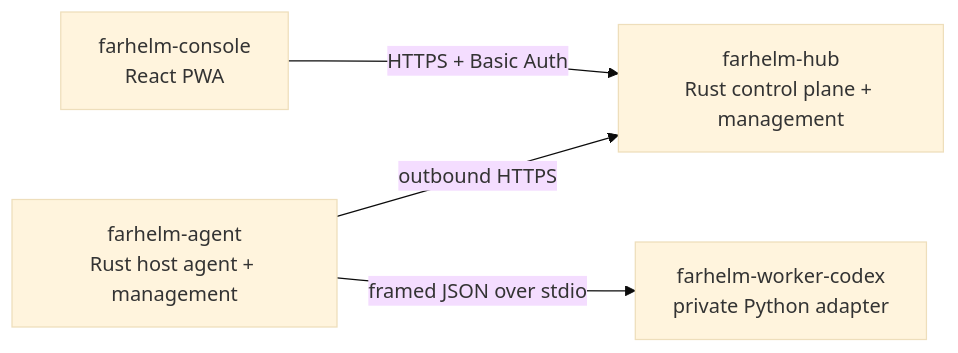
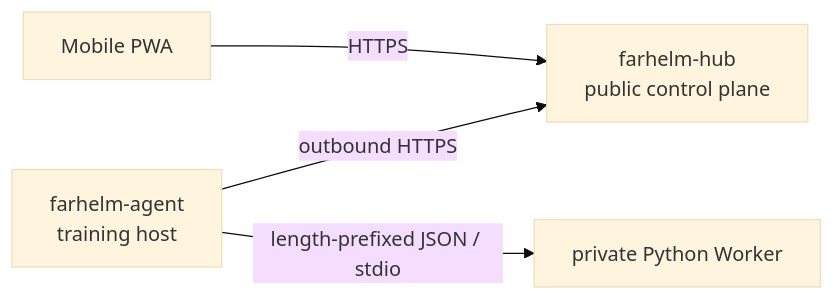
One commit to Xiiiing/FarHelm changed the diagram in README.en.md. Above: the diagram before and after it, drawn with Mermaid (base theme). The commit also changed other lines of this file and 2 other files, not shown here.

````diff
--- a/README.en.md
+++ b/README.en.md
@@ -11,11 +91,6 @@
 ```mermaid
 flowchart LR
-    Console["farhelm-console\nReact PWA"]
-    Hub["farhelm-hub\nRust control plane + management"]
-    Agent["farhelm-agent\nRust host agent + management"]
-    Worker["farhelm-worker-codex\nprivate Python adapter"]
-
-    Console -->|HTTPS + Basic Auth| Hub
-    Agent -->|outbound HTTPS| Hub
-    Agent -->|framed JSON over stdio| Worker
+    Phone["Mobile PWA"] -->|"HTTPS"| Hub["farhelm-hub<br/>public control plane"]
+    Agent["farhelm-agent<br/>training host"] -->|"outbound HTTPS"| Hub
+    Agent -->|"length-prefixed JSON / stdio"| Worker["private Python Worker"]
 ```
````
